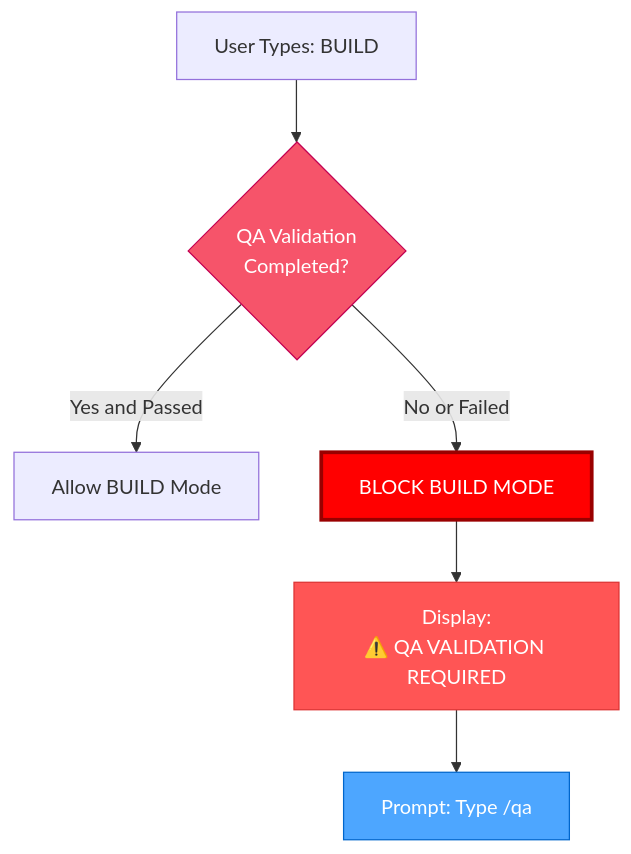
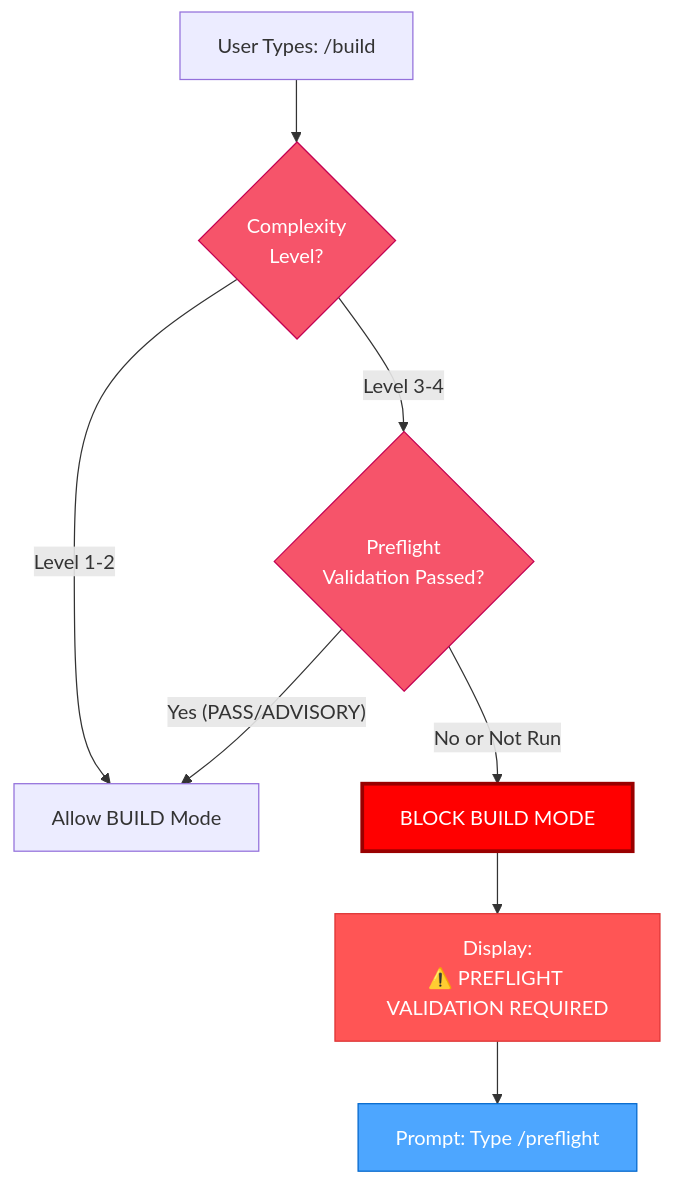
The sixth of 7 diagrams in rulesets/niko/niko/visual-maps/van_mode_split/van-mode-map.mdc (Texarkanine/.cursor-rules), drawn with Mermaid before and after one commit. The commit also changed other lines of this file and 22 other files, not shown here.

````diff
--- a/rulesets/niko/niko/visual-maps/van_mode_split/van-mode-map.mdc
+++ b/rulesets/niko/niko/visual-maps/van_mode_split/van-mode-map.mdc
@@ -247,13 +207,16 @@
 ```mermaid
 graph TD
-    Start["User Types: BUILD"] --> CheckQA{"QA Validation<br>Completed?"}
-    CheckQA -->|"Yes and Passed"| AllowBuild["Allow BUILD Mode"]
-    CheckQA -->|"No or Failed"| BlockBuild["BLOCK BUILD MODE"]
-    BlockBuild --> Message["Display:<br>⚠️ QA VALIDATION REQUIRED"]
-    Message --> ReturnToVANQA["Prompt: Type /qa"]
-    
-    style CheckQA fill:#f6546a,stroke:#c30052,color:white
+    Start["User Types: /build"] --> CheckLevel{"Complexity<br>Level?"}
+    CheckLevel -->|"Level 1-2"| AllowBuild["Allow BUILD Mode"]
+    CheckLevel -->|"Level 3-4"| CheckPreflight{"Preflight<br>Validation Passed?"}
+    CheckPreflight -->|"Yes (PASS/ADVISORY)"| AllowBuild
+    CheckPreflight -->|"No or Not Run"| BlockBuild["BLOCK BUILD MODE"]
+    BlockBuild --> Message["Display:<br>⚠️ PREFLIGHT VALIDATION REQUIRED"]
+    Message --> ReturnToPreflight["Prompt: Type /preflight"]
+
+    style CheckLevel fill:#f6546a,stroke:#c30052,color:white
+    style CheckPreflight fill:#f6546a,stroke:#c30052,color:white
     style BlockBuild fill:#ff0000,stroke:#990000,color:white,stroke-width:3px
     style Message fill:#ff5555,stroke:#dd3333,color:white
-    style ReturnToVANQA fill:#4da6ff,stroke:#0066cc,color:white
+    style ReturnToPreflight fill:#4da6ff,stroke:#0066cc,color:white
 ```
````
